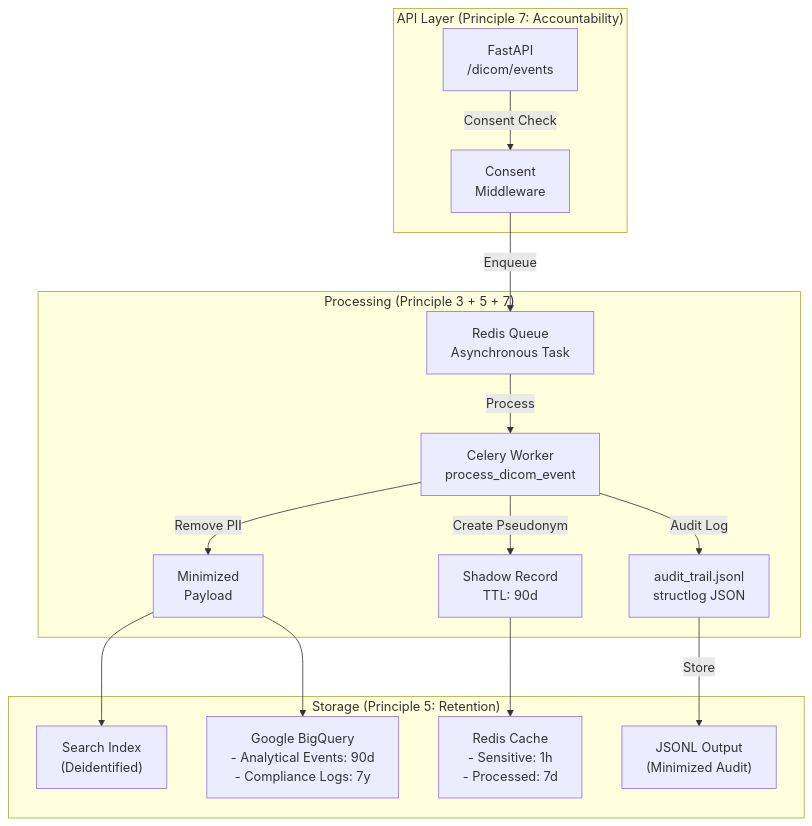
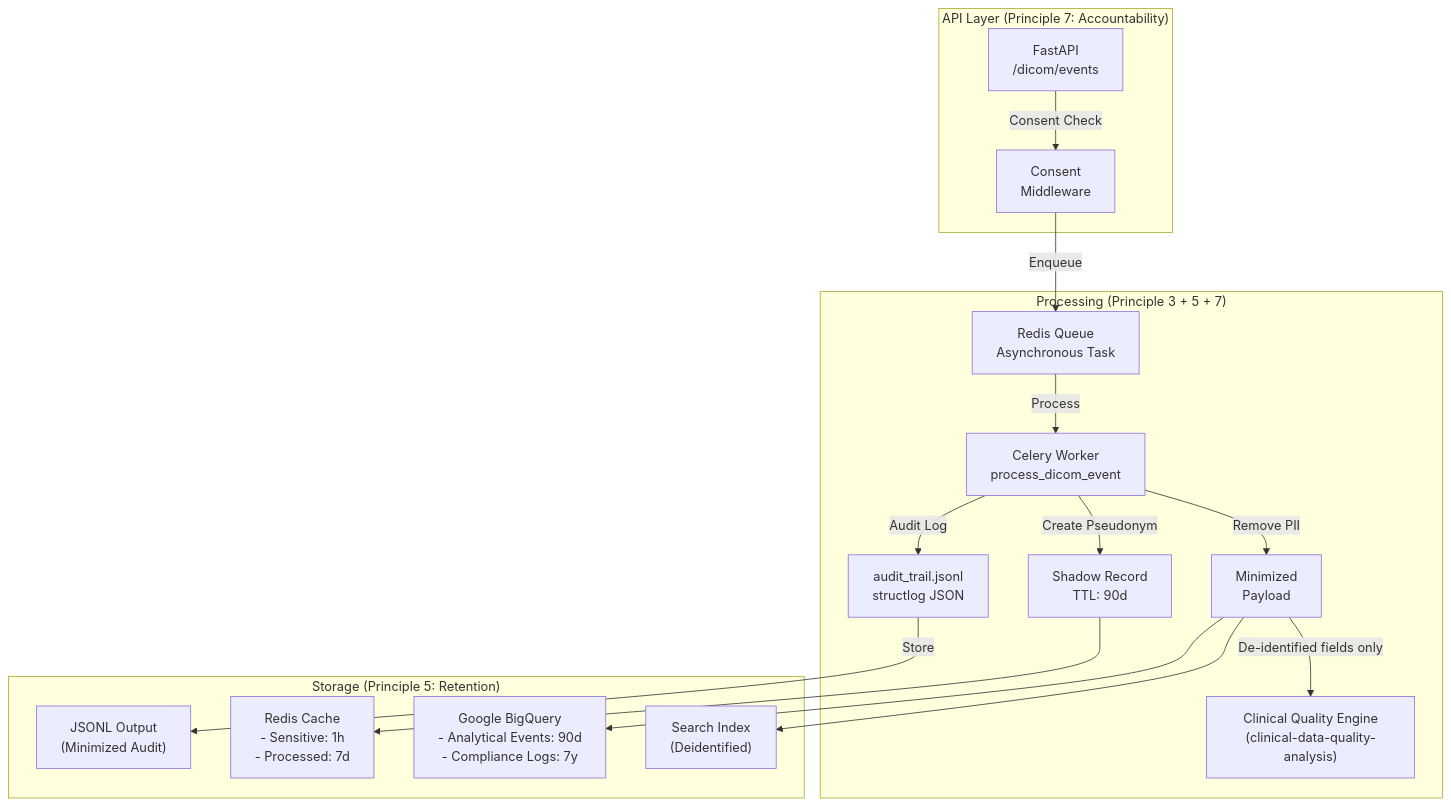
One commit to yk-dev-health/healthcare-data-pipeline changed the diagram in README.md. Above: the diagram before and after it, drawn with Mermaid. The commit also changed other lines of this file, not shown here.

First line of the commit message:
docs: fix stale test counts and .env sample, add clinical quality engine to the architecture diagram

````diff
--- a/README.md
+++ b/README.md
@@ -20,30 +20,31 @@
 ```mermaid
 graph TB
     subgraph "API Layer (Principle 7: Accountability)"
         API["FastAPI<br/>/dicom/events"]
         API -->|Consent Check| Consent["Consent<br/>Middleware"]
     end
 
     subgraph "Processing (Principle 3 + 5 + 7)"
         Queue["Redis Queue<br/>Asynchronous Task"]
         Worker["Celery Worker<br/>process_dicom_event"]
         Worker -->|Remove PII| MinData["Minimized<br/>Payload"]
+        MinData -->|De-identified fields only| QE["Clinical Quality Engine<br/>(clinical-data-quality-analysis)"]
         Worker -->|Create Pseudonym| Shadow["Shadow Record<br/>TTL: 90d"]
         Worker -->|Audit Log| Audit["audit_trail.jsonl<br/>structlog JSON"]
     end
 
     subgraph "Storage (Principle 5: Retention)"
         Redis["Redis Cache<br/>- Sensitive: 1h<br/>- Processed: 7d"]
         Index["Search Index<br/>(Deidentified)"]
         File["JSONL Output<br/>(Minimized Audit)"]
         BQ["Google BigQuery<br/>- Analytical Events: 90d<br/>- Compliance Logs: 7y"]
     end
 
     Consent -->|Enqueue| Queue
     Queue -->|Process| Worker
     MinData --> Index
     MinData --> BQ
     Shadow --> Redis
     Audit -->|Store| File
 
 ```
````
